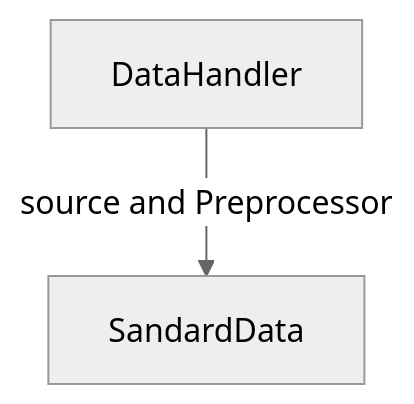
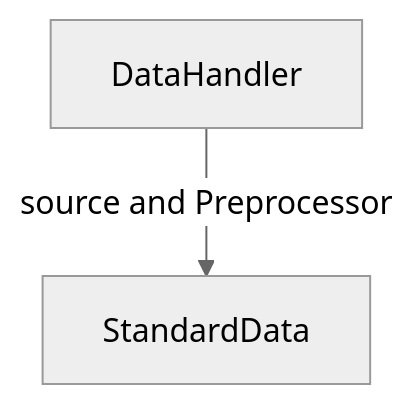
The first of 4 diagrams in docs/midway_report.md (bagelquant/knightrade), drawn with Mermaid (neutral theme) before and after one commit. The commit also changed other lines of this file and 3 other files, not shown here.

Commit message:
Update README and midway report; add data_handler module

````diff
--- a/docs/midway_report.md
+++ b/docs/midway_report.md
@@ -22,5 +22,5 @@
 ```mermaid
 graph TD
-    A[DataHandler] -->|source and Preprocessor| B[SandardData]
+    A[DataHandler] -->|source and Preprocessor| B[StandardData]
     
 ```
````
